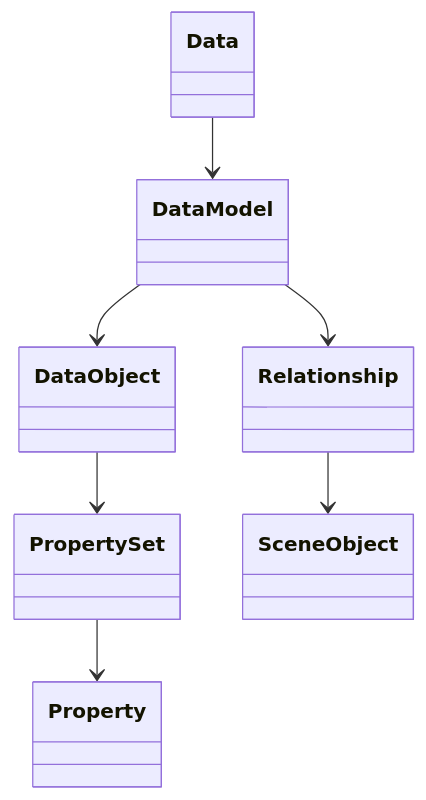
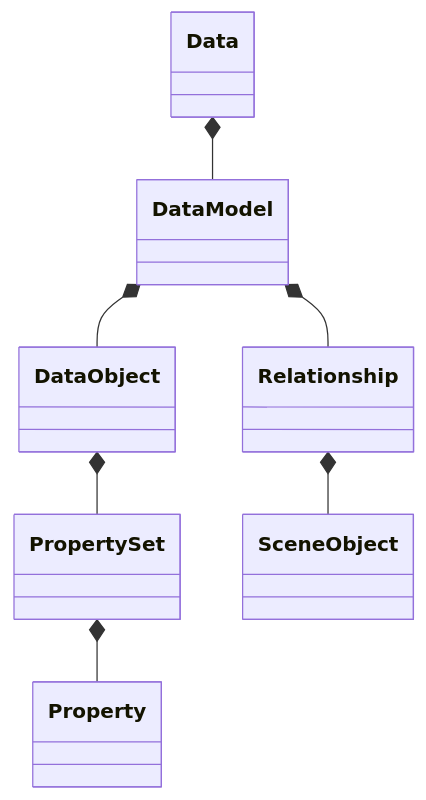
One commit to xeokit/sdk changed the second of 3 diagrams in README.md. Above: the diagram before and after it, drawn with Mermaid. The commit also changed other lines of this file, not shown here.

````diff
--- a/README.md
+++ b/README.md
@@ -54,9 +80,9 @@
 ```mermaid
 classDiagram
-    Data-->DataModel
-    DataModel-->DataObject
-    DataObject-->PropertySet
-    PropertySet-->Property
-    Relationship-->SceneObject
-    DataModel-->Relationship
+    Data *-- DataModel
+    DataModel *-- DataObject
+    DataObject *-- PropertySet
+    PropertySet *-- Property
+    Relationship *-- SceneObject
+    DataModel *-- Relationship
 ```
````
